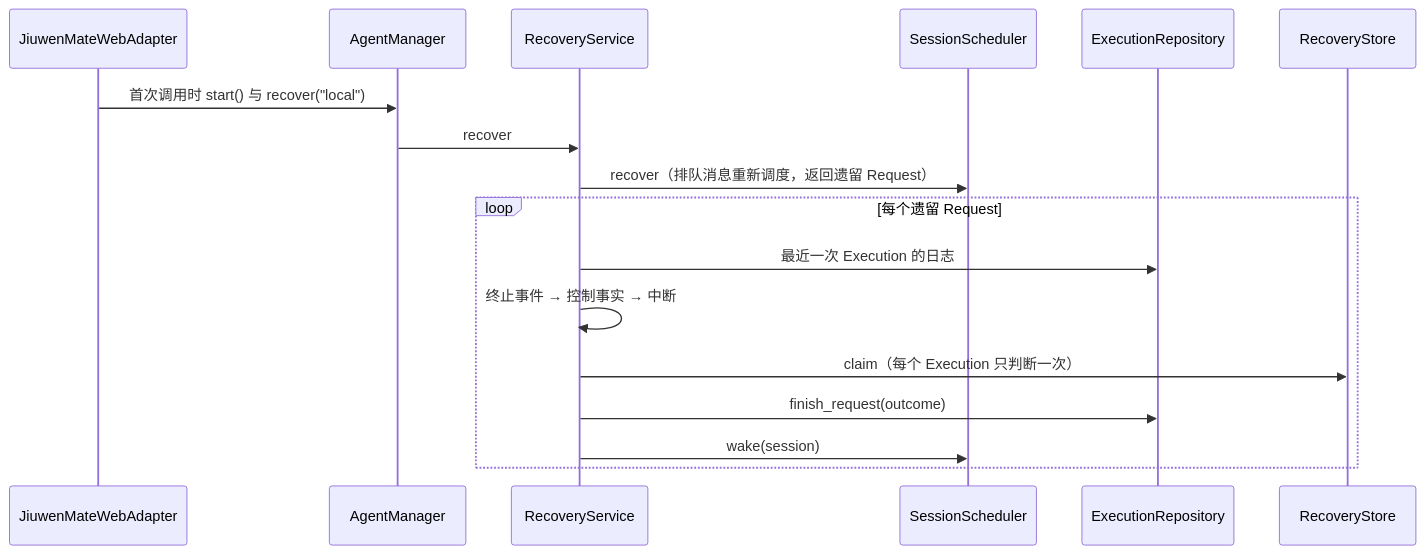
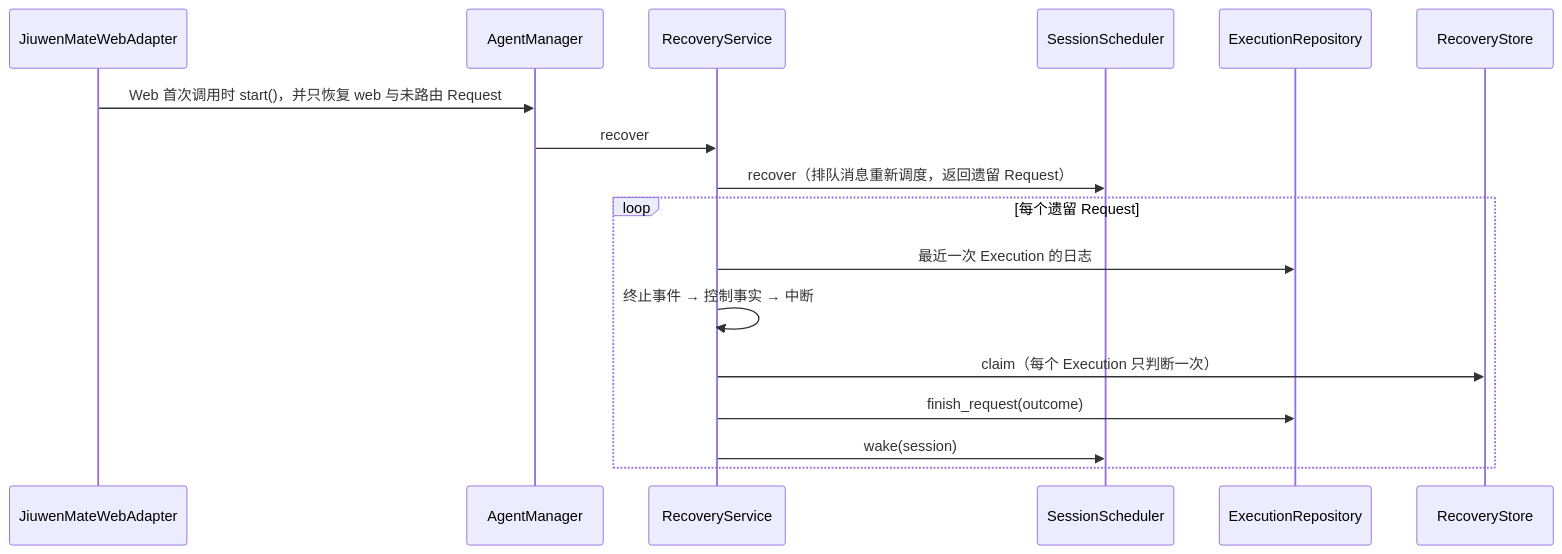
Before and after one commit to openJiuwen-ai/jiuwenswarm: the diagram in jiuwenswarm/server/jiuwenmate/docs/features/F_13_recovery.md, drawn with Mermaid. The commit also changed other lines of this file and 29 other files, not shown here.

````diff
--- a/jiuwenswarm/server/jiuwenmate/docs/features/F_13_recovery.md
+++ b/jiuwenswarm/server/jiuwenmate/docs/features/F_13_recovery.md
@@ -54,19 +54,19 @@
 ```mermaid
 sequenceDiagram
     participant Adapter as JiuwenMateWebAdapter
     participant Mgr as AgentManager
     participant Rec as RecoveryService
     participant Sch as SessionScheduler
     participant Repo as ExecutionRepository
     participant Store as RecoveryStore
-    Adapter->>Mgr: 首次调用时 start() 与 recover("local")
+    Adapter->>Mgr: Web 首次调用时 start()，并只恢复 web 与未路由 Request
     Mgr->>Rec: recover
     Rec->>Sch: recover（排队消息重新调度，返回遗留 Request）
     loop 每个遗留 Request
         Rec->>Repo: 最近一次 Execution 的日志
         Rec->>Rec: 终止事件 → 控制事实 → 中断
         Rec->>Store: claim（每个 Execution 只判断一次）
         Rec->>Repo: finish_request(outcome)
         Rec->>Sch: wake(session)
     end
 ```
````
